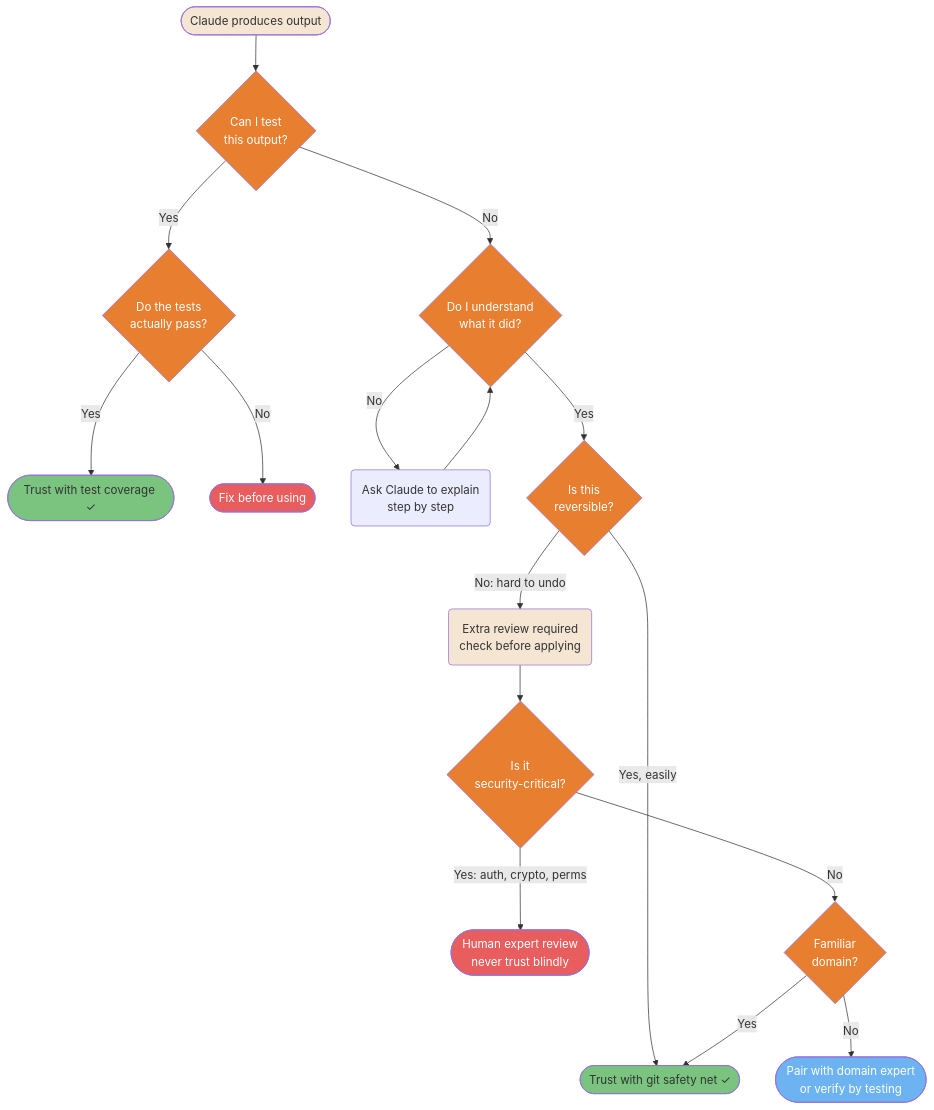
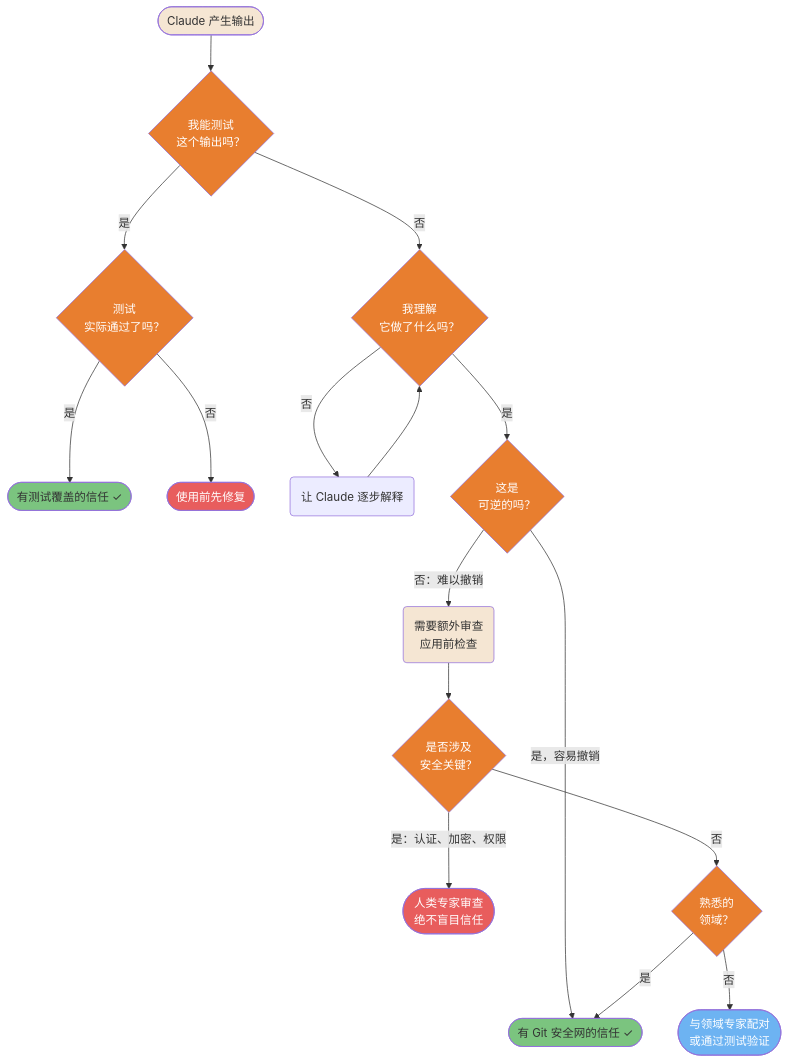
One commit to lawrencewzen/aispark-wiki changed the third of 3 diagrams in claude-code/diagrams/10-adoption-and-learning.md. Above: the diagram before and after it, drawn with Mermaid. The commit also changed other lines of this file and 82 other files, not shown here.

First line of the commit message:
feat: 完成 claude-code/ 目录全量中文翻译

````diff
--- a/claude-code/diagrams/10-adoption-and-learning.md
+++ b/claude-code/diagrams/10-adoption-and-learning.md
@@ -152,51 +152,51 @@
 ```mermaid
 flowchart TD
-    A([Claude produces output]) --> B{Can I test<br/>this output?}
+    A([Claude 产生输出]) --> B{我能测试<br/>这个输出吗？}
 
-    B -->|Yes| C{Do the tests<br/>actually pass?}
-    C -->|Yes| D([Trust with test coverage ✓])
-    C -->|No| E([Fix before using])
+    B -->|是| C{测试<br/>实际通过了吗？}
+    C -->|是| D([有测试覆盖的信任 ✓])
+    C -->|否| E([使用前先修复])
 
-    B -->|No| F{Do I understand<br/>what it did?}
-    F -->|No| G(Ask Claude to explain<br/>step by step)
+    B -->|否| F{我理解<br/>它做了什么吗？}
+    F -->|否| G(让 Claude 逐步解释)
     G --> F
 
-    F -->|Yes| H{Is this<br/>reversible?}
-    H -->|Yes, easily| I([Trust with git safety net ✓])
-    H -->|No: hard to undo| J(Extra review required<br/>check before applying)
-    J --> K{Is it<br/>security-critical?}
+    F -->|是| H{这是<br/>可逆的吗？}
+    H -->|是，容易撤销| I([有 Git 安全网的信任 ✓])
+    H -->|否：难以撤销| J(需要额外审查<br/>应用前检查)
+    J --> K{是否涉及<br/>安全关键？}
 
-    K -->|Yes: auth, crypto, perms| L([Human expert review<br/>never trust blindly])
-    K -->|No| M{Familiar<br/>domain?}
-    M -->|Yes| I
-    M -->|No| N([Pair with domain expert<br/>or verify by testing])
+    K -->|是：认证、加密、权限| L([人类专家审查<br/>绝不盲目信任])
+    K -->|否| M{熟悉的<br/>领域？}
+    M -->|是| I
+    M -->|否| N([与领域专家配对<br/>或通过测试验证])
 
     style A fill:#F5E6D3,color:#333
     style B fill:#E87E2F,color:#fff
     style C fill:#E87E2F,color:#fff
     style F fill:#E87E2F,color:#fff
     style H fill:#E87E2F,color:#fff
     style K fill:#E87E2F,color:#fff
     style M fill:#E87E2F,color:#fff
     style D fill:#7BC47F,color:#333
     style I fill:#7BC47F,color:#333
     style E fill:#E85D5D,color:#fff
     style L fill:#E85D5D,color:#fff
     style N fill:#6DB3F2,color:#fff
     style J fill:#F5E6D3,color:#333
 
-    click A href "https://github.com/claude-code-ultimate-guide/claude-code-ultimate-guide/blob/main/guide/ultimate-guide.md#17-trust-calibration-when-and-how-much-to-verify" "Claude produces output"
-    click B href "https://github.com/claude-code-ultimate-guide/claude-code-ultimate-guide/blob/main/guide/ultimate-guide.md#17-trust-calibration-when-and-how-much-to-verify" "Can I test this output?"
-    click C href "https://github.com/claude-code-ultimate-guide/claude-code-ultimate-guide/blob/main/guide/ultimate-guide.md#17-trust-calibration-when-and-how-much-to-verify" "Do the tests pass?"
-    click D href "https://github.com/claude-code-ultimate-guide/claude-code-ultimate-guide/blob/main/guide/ultimate-guide.md#17-trust-calibration-when-and-how-much-to-verify" "Trust with test coverage"
-    click E href "https://github.com/claude-code-ultimate-guide/claude-code-ultimate-guide/blob/main/guide/ultimate-guide.md#17-trust-calibration-when-and-how-much-to-verify" "Fix before using"
-    click F href "https://github.com/claude-code-ultimate-guide/claude-code-ultimate-guide/blob/main/guide/ultimate-guide.md#17-trust-calibration-when-and-how-much-to-verify" "Do I understand what it did?"
-    click G href "https://github.com/claude-code-ultimate-guide/claude-code-ultimate-guide/blob/main/guide/ultimate-guide.md#17-trust-calibration-when-and-how-much-to-verify" "Ask Claude to explain"
-    click H href "https://github.com/claude-code-ultimate-guide/claude-code-ultimate-guide/blob/main/guide/ultimate-guide.md#17-trust-calibration-when-and-how-much-to-verify" "Is this reversible?"
-    click I href "https://github.com/claude-code-ultimate-guide/claude-code-ultimate-guide/blob/main/guide/ultimate-guide.md#17-trust-calibration-when-and-how-much-to-verify" "Trust with git safety net"
-    click J href "https://github.com/claude-code-ultimate-guide/claude-code-ultimate-guide/blob/main/guide/ultimate-guide.md#17-trust-calibration-when-and-how-much-to-verify" "Extra review required"
-    click K href "https://github.com/claude-code-ultimate-guide/claude-code-ultimate-guide/blob/main/guide/ultimate-guide.md#17-trust-calibration-when-and-how-much-to-verify" "Is it security-critical?"
-    click L href "https://github.com/claude-code-ultimate-guide/claude-code-ultimate-guide/blob/main/guide/ultimate-guide.md#17-trust-calibration-when-and-how-much-to-verify" "Human expert review"
-    click M href "https://github.com/claude-code-ultimate-guide/claude-code-ultimate-guide/blob/main/guide/ultimate-guide.md#17-trust-calibration-when-and-how-much-to-verify" "Familiar domain?"
-    click N href "https://github.com/claude-code-ultimate-guide/claude-code-ultimate-guide/blob/main/guide/ultimate-guide.md#17-trust-calibration-when-and-how-much-to-verify" "Pair with domain expert"
+    click A href "https://github.com/claude-code-ultimate-guide/claude-code-ultimate-guide/blob/main/guide/ultimate-guide.md#17-trust-calibration-when-and-how-much-to-verify" "Claude 产生输出"
+    click B href "https://github.com/claude-code-ultimate-guide/claude-code-ultimate-guide/blob/main/guide/ultimate-guide.md#17-trust-calibration-when-and-how-much-to-verify" "我能测试这个输出吗？"
+    click C href "https://github.com/claude-code-ultimate-guide/claude-code-ultimate-guide/blob/main/guide/ultimate-guide.md#17-trust-calibration-when-and-how-much-to-verify" "测试通过了吗？"
+    click D href "https://github.com/claude-code-ultimate-guide/claude-code-ultimate-guide/blob/main/guide/ultimate-guide.md#17-trust-calibration-when-and-how-much-to-verify" "有测试覆盖的信任"
+    click E href "https://github.com/claude-code-ultimate-guide/claude-code-ultimate-guide/blob/main/guide/ultimate-guide.md#17-trust-calibration-when-and-how-much-to-verify" "使用前先修复"
+    click F href "https://github.com/claude-code-ultimate-guide/claude-code-ultimate-guide/blob/main/guide/ultimate-guide.md#17-trust-calibration-when-and-how-much-to-verify" "我理解它做了什么吗？"
+    click G href "https://github.com/claude-code-ultimate-guide/claude-code-ultimate-guide/blob/main/guide/ultimate-guide.md#17-trust-calibration-when-and-how-much-to-verify" "让 Claude 解释"
+    click H href "https://github.com/claude-code-ultimate-guide/claude-code-ultimate-guide/blob/main/guide/ultimate-guide.md#17-trust-calibration-when-and-how-much-to-verify" "这是可逆的吗？"
+    click I href "https://github.com/claude-code-ultimate-guide/claude-code-ultimate-guide/blob/main/guide/ultimate-guide.md#17-trust-calibration-when-and-how-much-to-verify" "有 Git 安全网的信任"
+    click J href "https://github.com/claude-code-ultimate-guide/claude-code-ultimate-guide/blob/main/guide/ultimate-guide.md#17-trust-calibration-when-and-how-much-to-verify" "需要额外审查"
+    click K href "https://github.com/claude-code-ultimate-guide/claude-code-ultimate-guide/blob/main/guide/ultimate-guide.md#17-trust-calibration-when-and-how-much-to-verify" "是否涉及安全关键？"
+    click L href "https://github.com/claude-code-ultimate-guide/claude-code-ultimate-guide/blob/main/guide/ultimate-guide.md#17-trust-calibration-when-and-how-much-to-verify" "人类专家审查"
+    click M href "https://github.com/claude-code-ultimate-guide/claude-code-ultimate-guide/blob/main/guide/ultimate-guide.md#17-trust-calibration-when-and-how-much-to-verify" "熟悉的领域？"
+    click N href "https://github.com/claude-code-ultimate-guide/claude-code-ultimate-guide/blob/main/guide/ultimate-guide.md#17-trust-calibration-when-and-how-much-to-verify" "与领域专家配对"
 ```
````
